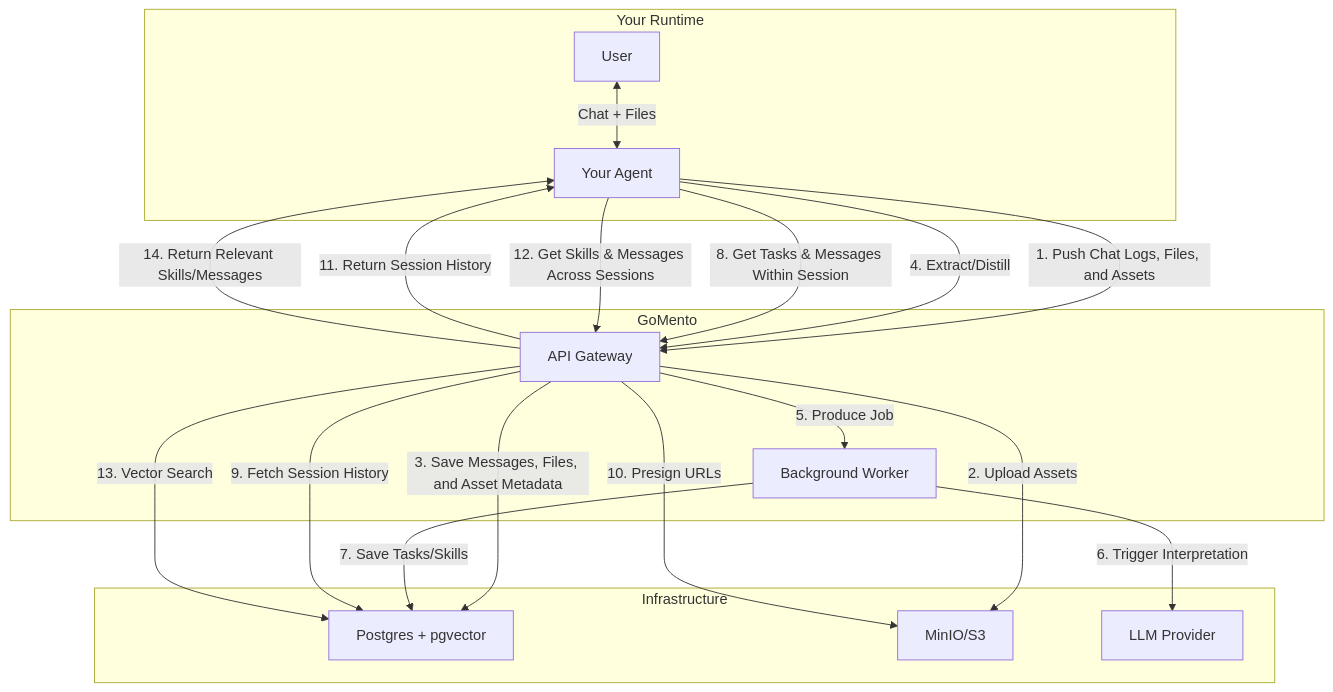
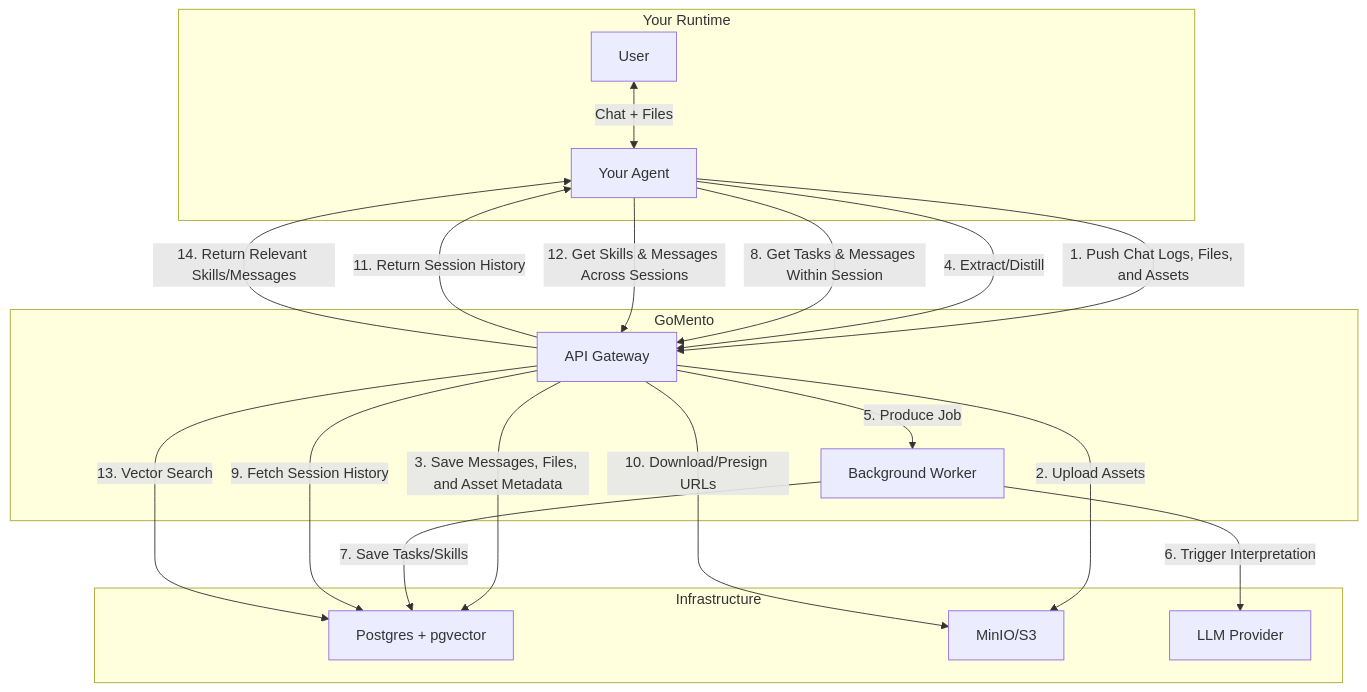
Before and after one commit to w-h-a/gomento: the first of 2 diagrams in README.md, drawn with Mermaid. The commit also changed 6 other files, not shown here.

````diff
--- a/README.md
+++ b/README.md
@@ -26,39 +26,39 @@
 ```mermaid
 graph TD
     subgraph "Your Runtime"
         User[User] <-->|Chat + Files| Agent[Your Agent]
     end
 
     subgraph "GoMento"
         API[API Gateway]
         Worker[Background Worker]
     end
 
     subgraph "Infrastructure"
         Postgres[Postgres + pgvector]
         MinIO[MinIO/S3]
         LLM[LLM Provider]
     end
 
     %% Flow 1: Storing Context
     Agent -- "1. Push Chat Logs, Files, and Assets" --> API
     API -- "2. Upload Assets" --> MinIO
     API -- "3. Save Messages, Files, and Asset Metadata" --> Postgres
     
     %% Flow 2: Interpretation
     Agent -- "4. Extract/Distill" --> API
     API -- "5. Produce Job" --> Worker
     Worker -- "6. Trigger Interpretation" --> LLM
     Worker -- "7. Save Tasks/Skills" --> Postgres
 
     %% Flow 3: Retrieval (Within a Session)
     Agent -- "8. Get Tasks & Messages Within Session" --> API
     API -- "9. Fetch Session History" --> Postgres
-    API -- "10. Presign URLs" --> MinIO
+    API -- "10. Download/Presign URLs" --> MinIO
     API -- "11. Return Session History" --> Agent
 
     %% Flow 4: Retrieval (Across Sessions)
     Agent -- "12. Get Skills & Messages Across Sessions" --> API
     API -- "13. Vector Search" --> Postgres
     API -- "14. Return Relevant Skills/Messages" --> Agent
 ```
````
